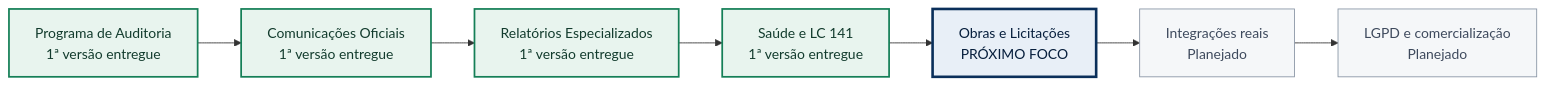
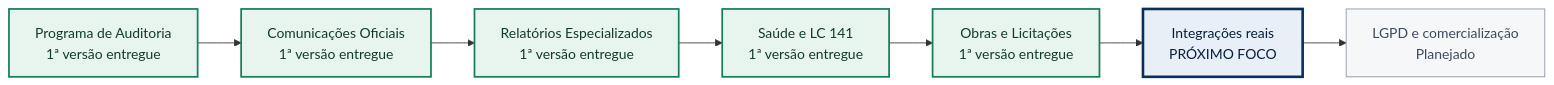
Before and after one commit to matssz/trilhagov: the second of 3 diagrams in docs/roadmap-modulos.md, drawn with Mermaid. The commit also changed other lines of this file and 22 other files, not shown here.

````diff
--- a/docs/roadmap-modulos.md
+++ b/docs/roadmap-modulos.md
@@ -36,19 +36,19 @@
 ```mermaid
 flowchart LR
     A["Programa de Auditoria<br/>1ª versão entregue"]
     B["Comunicações Oficiais<br/>1ª versão entregue"]
     C["Relatórios Especializados<br/>1ª versão entregue"]
     D["Saúde e LC 141<br/>1ª versão entregue"]
-    E["Obras e Licitações<br/>PRÓXIMO FOCO"]
-    F["Integrações reais<br/>Planejado"]
+    E["Obras e Licitações<br/>1ª versão entregue"]
+    F["Integrações reais<br/>PRÓXIMO FOCO"]
     G["LGPD e comercialização<br/>Planejado"]
 
     A --> B --> C --> D --> E --> F --> G
 
     classDef delivered fill:#e8f4ee,stroke:#157f57,color:#123b2d,stroke-width:2px;
     classDef focus fill:#e8eff7,stroke:#0a2f5a,color:#071f3d,stroke-width:3px;
     classDef planned fill:#f5f7f9,stroke:#8995a5,color:#3e4a5d,stroke-width:1px;
-    class A,B,C,D delivered;
-    class E focus;
-    class F,G planned;
+    class A,B,C,D,E delivered;
+    class F focus;
+    class G planned;
 ```
````
